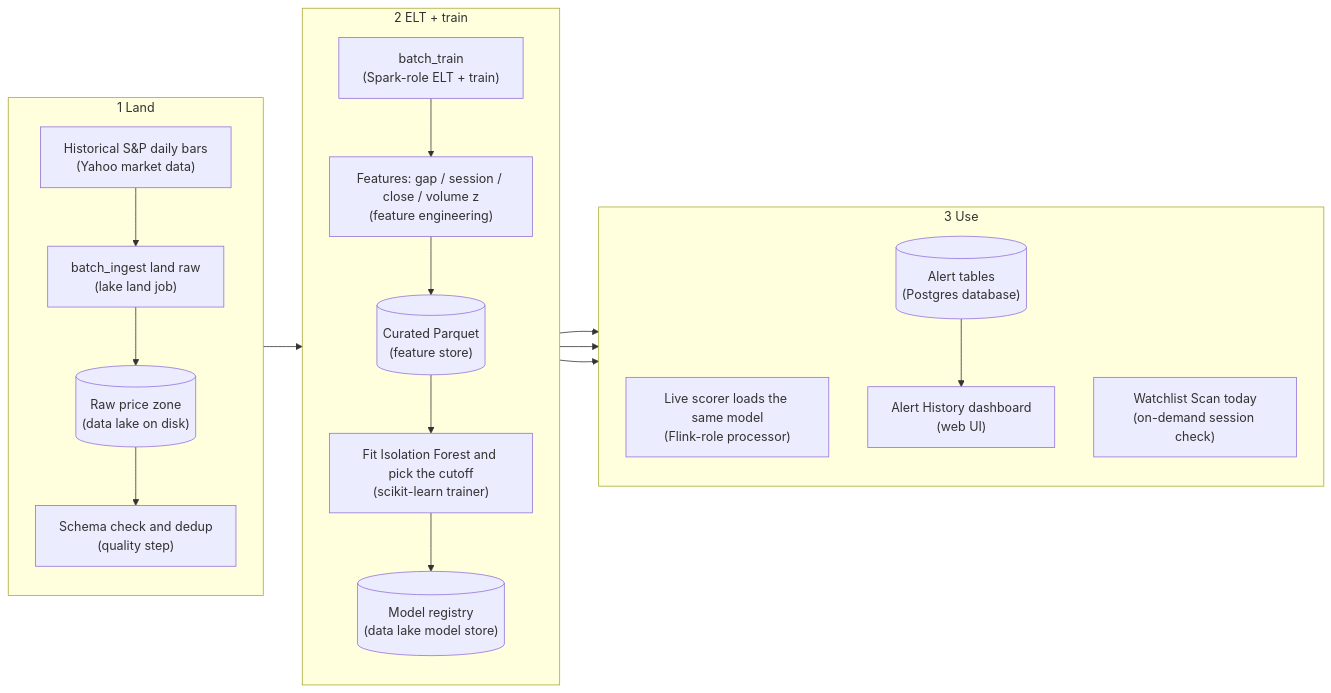
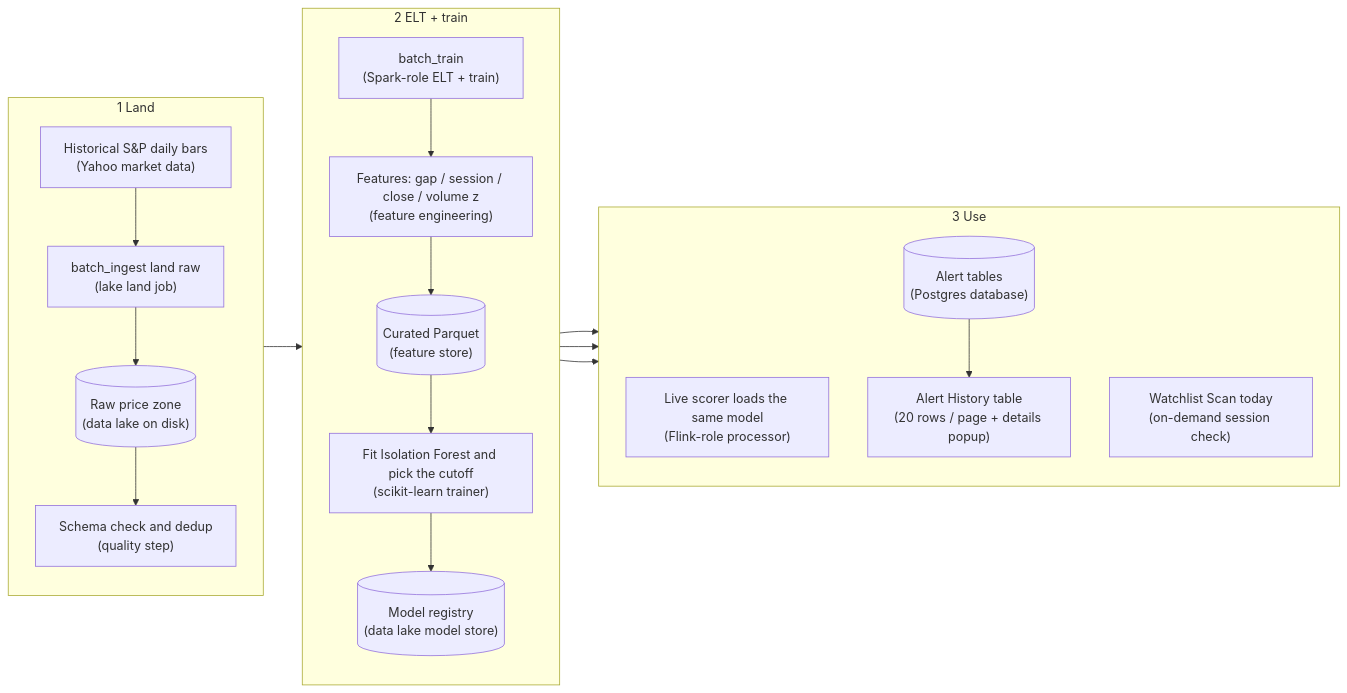
Before and after one commit to sameerde4/ticker-alert-system: the tenth of 12 diagrams in docs/architecture.md, drawn with Mermaid. The commit also changed other lines of this file and 2 other files, not shown here.

First line of the commit message:
Document card heads, frozen details header, and History paging.

````diff
--- a/docs/architecture.md
+++ b/docs/architecture.md
@@ -523,26 +525,26 @@
 ```mermaid
 flowchart LR
     subgraph land [1 Land]
         direction TB
         HP["Historical S&P daily bars<br/>(Yahoo market data)"] --> ELP["batch_ingest land raw<br/>(lake land job)"]
         ELP --> RAW[("Raw price zone<br/>(data lake on disk)")]
         RAW --> VAL["Schema check and dedup<br/>(quality step)"]
     end
 
     subgraph el [2 ELT + train]
         direction TB
         VAL --> SPARK_ROLE["batch_train<br/>(Spark-role ELT + train)"]
         SPARK_ROLE --> FEAT["Features: gap / session / close / volume z<br/>(feature engineering)"]
         FEAT --> CUR[("Curated Parquet<br/>(feature store)")]
         CUR --> TRAIN["Fit Isolation Forest and pick the cutoff<br/>(scikit-learn trainer)"]
         TRAIN --> REG[("Model registry<br/>(data lake model store)")]
     end
 
     subgraph use [3 Use]
         direction TB
         REG --> LIVE["Live scorer loads the same model<br/>(Flink-role processor)"]
         REG --> SCAN["Watchlist Scan today<br/>(on-demand session check)"]
         CUR --> PG[("Alert tables<br/>(Postgres database)")]
-        PG --> UI["Alert History dashboard<br/>(web UI)"]
+        PG --> UI["Alert History table<br/>(20 rows / page + details popup)"]
     end
 ```
````
